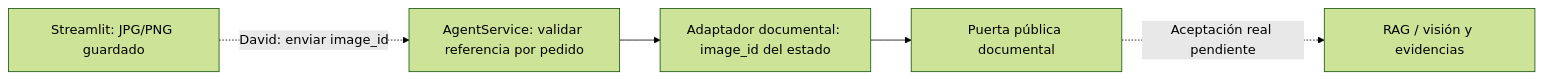
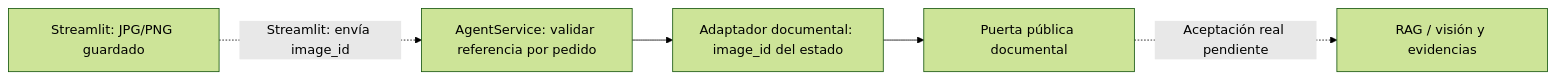
Before and after one commit to AleDataAnalyst/agentes_deportesmad: the second of 2 diagrams in README.md, drawn with Mermaid (forest theme). The commit also changed other lines of this file and 1 other file, not shown here.

Commit message:
el image_id ya se envía desde Streamlit y A7 aceptado

````diff
--- a/README.md
+++ b/README.md
@@ -68,7 +68,7 @@
 ```mermaid
 flowchart LR
-    IMG["Streamlit: JPG/PNG guardado"] -.->|"David: enviar image_id"| API["AgentService: validar referencia por pedido"]
+    IMG["Streamlit: JPG/PNG guardado"] -.->|"Streamlit: envía image_id"| API["AgentService: validar referencia por pedido"]
     API --> AD["Adaptador documental: image_id del estado"]
     AD --> DOC["Puerta pública documental"]
     DOC -.->|"Aceptación real pendiente"| RES["RAG / visión y evidencias"]
 ```
````
